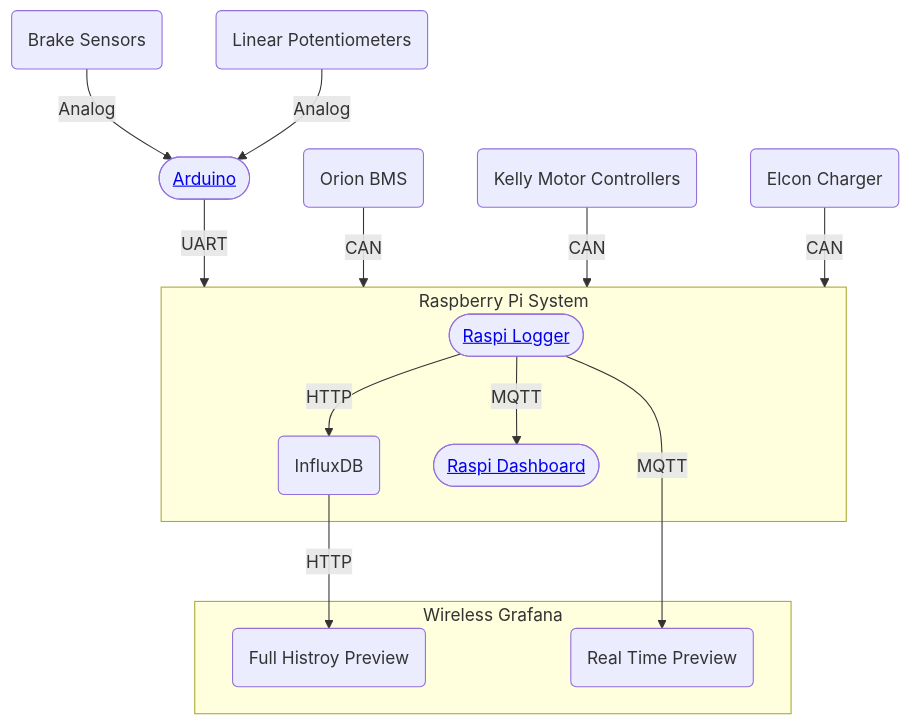
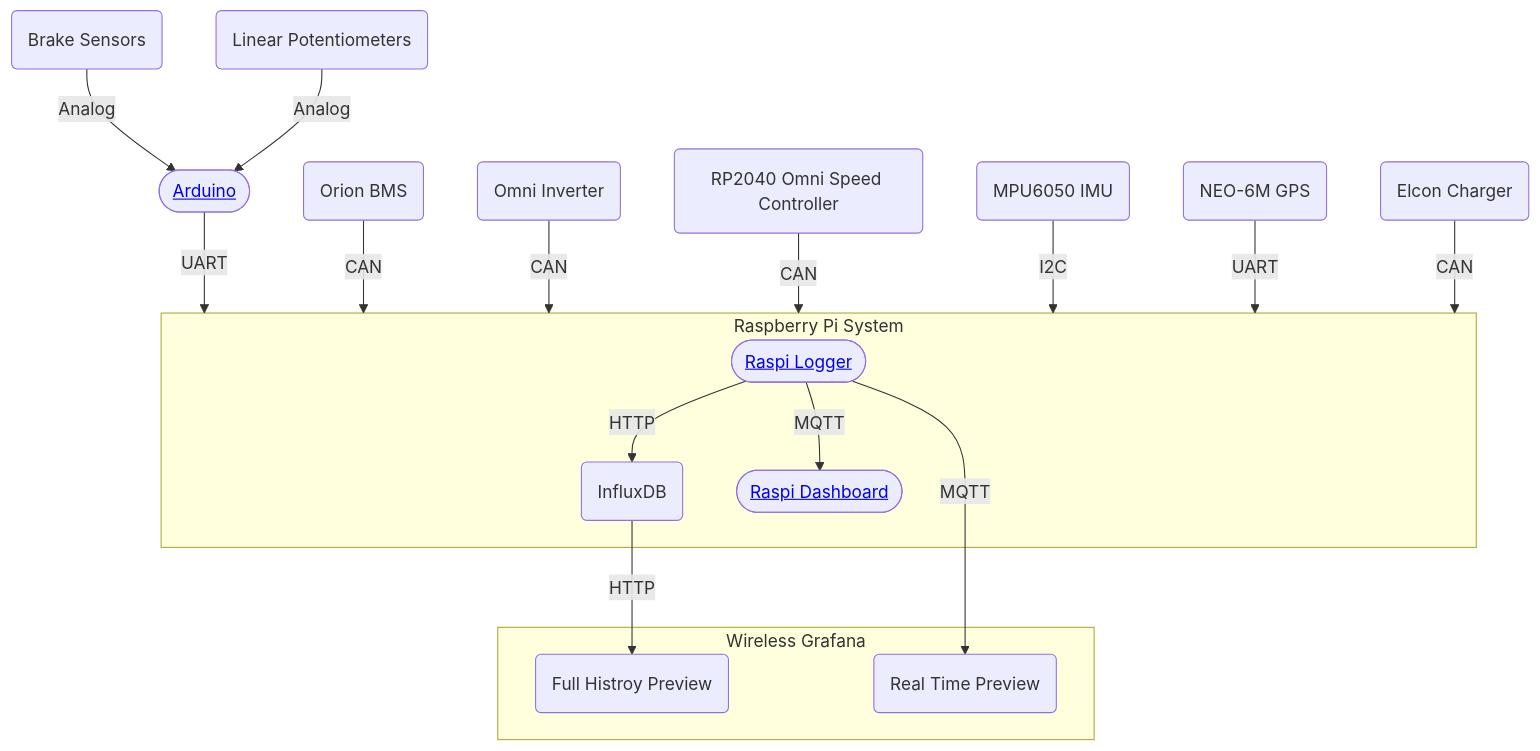
The diagram in README.md (Anteater-Electric-Racing/embedded), drawn with Mermaid before and after one commit.

Commit message:
update for omni

````diff
--- a/README.md
+++ b/README.md
@@ -3,17 +3,20 @@
 ```mermaid
 flowchart TD
     B(Brake Sensors) -->|Analog| A(["<a href='https://github.com/AlistairKeiller/FSAE/tree/master/fsae-arduino' target='_blank'>Arduino</a>"])
     L(Linear Potentiometers) -->|Analog| A
     A -->|UART| Pi
     O(Orion BMS) -->|CAN| Pi
-    K(Kelly Motor Controllers) -->|CAN| Pi
+    K(Omni Inverter) -->|CAN| Pi
+    SC(RP2040 Omni Speed Controller) -->|CAN| Pi
+    IMU(MPU6050 IMU) -->|I2C| Pi
+    GPS(NEO-6M GPS) -->|UART| Pi
     IMS(Elcon Charger) -->|CAN| Pi
     subgraph Pi[Raspberry Pi System]
         R(["<a href='https://github.com/AlistairKeiller/FSAE/tree/master/fsae-raspi' target='_blank'>Raspi Logger</a>"]) -->|HTTP| I(InfluxDB)
         R -->|MQTT| D(["<a href='https://github.com/AlistairKeiller/FSAE/tree/master/fsae-dashboard' target='_blank'>Raspi Dashboard</a>"])
     end
     subgraph Graphana[Wireless Grafana]
         I -->|HTTP| F(Full Histroy Preview)
         R -->|MQTT| P(Real Time Preview)
     end
 ```
````
